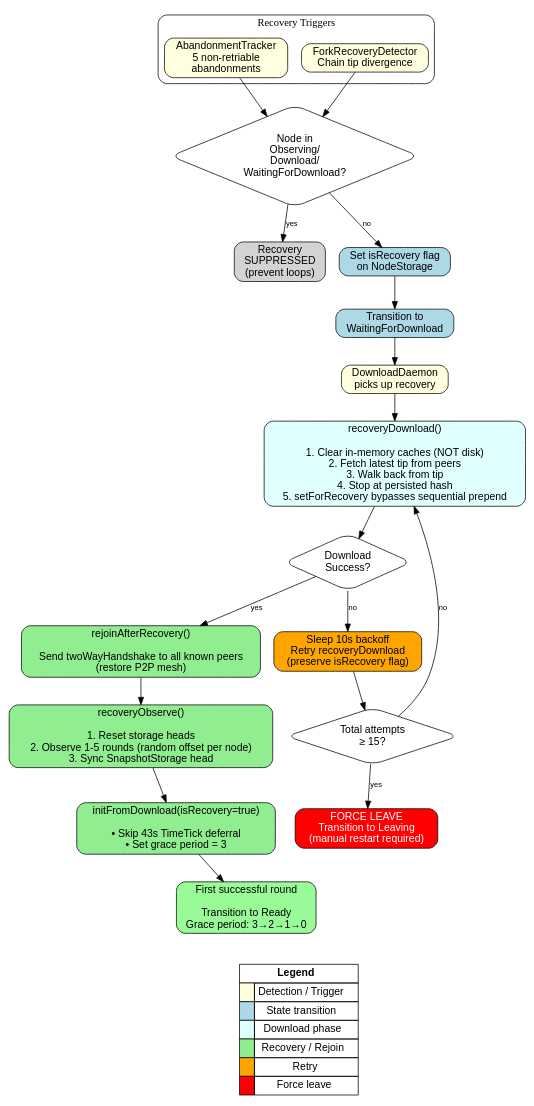
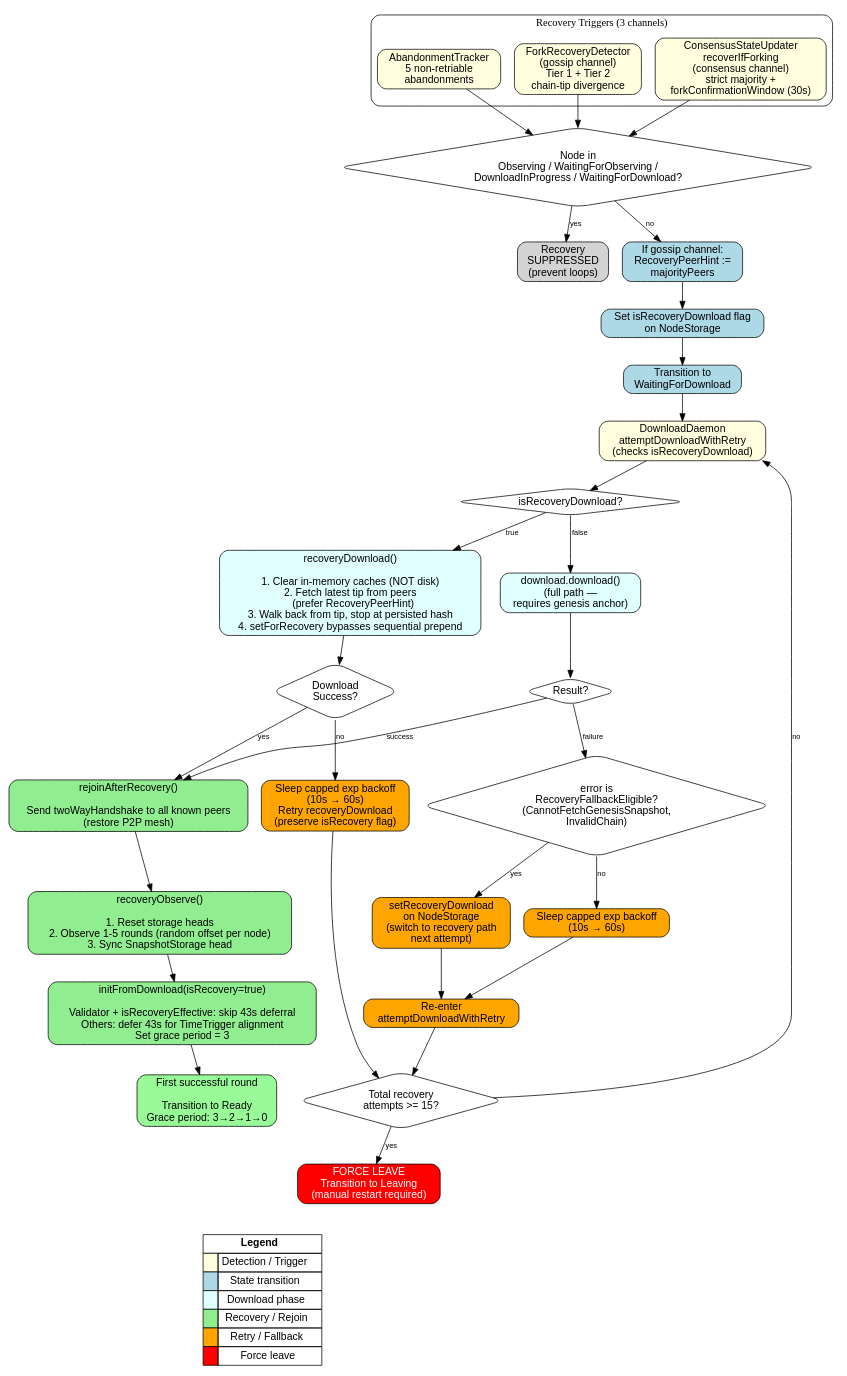
The diagram in docs/consensus/diagrams/recovery-decision-tree.dot (Constellation-Labs/tessellation), drawn with Graphviz before and after one commit. The commit also changed 20 other files, not shown here.

First line of the commit message:
docs: refresh consensus docs and diagrams for fork-recovery followup

```diff
--- a/docs/consensus/diagrams/recovery-decision-tree.dot
+++ b/docs/consensus/diagrams/recovery-decision-tree.dot
@@ -1,98 +1,129 @@
 // Recovery Decision Tree
-// Render: dot -Tsvg recovery-decision-tree.dot -o recovery-decision-tree.svg
+// Render: dot -Tpng recovery-decision-tree.dot -o recovery-decision-tree.png
 
 digraph RecoveryDecisionTree {
     rankdir=TB;
     node [shape=box, style=rounded, fontname="Helvetica"];
     edge [fontname="Helvetica", fontsize=10];
 
     // Triggers
     subgraph cluster_triggers {
-        label="Recovery Triggers";
+        label="Recovery Triggers (3 channels)";
         style=rounded;
         fillcolor="lightyellow";
-        
+
         AbandonTrigger [label="AbandonmentTracker\n5 non-retriable\nabandonments", style="rounded,filled", fillcolor="lightyellow"];
-        ForkTrigger [label="ForkRecoveryDetector\nChain tip divergence", style="rounded,filled", fillcolor="lightyellow"];
+        ForkTrigger [label="ForkRecoveryDetector\n(gossip channel)\nTier 1 + Tier 2\nchain-tip divergence", style="rounded,filled", fillcolor="lightyellow"];
+        ConsensusForkTrigger [label="ConsensusStateUpdater\nrecoverIfForking\n(consensus channel)\nstrict majority +\nforkConfirmationWindow (30s)", style="rounded,filled", fillcolor="lightyellow"];
     }
 
     // State guard
-    StateGuard [shape=diamond, label="Node in\nObserving/\nDownload/\nWaitingForDownload?"];
-    
+    StateGuard [shape=diamond, label="Node in\nObserving / WaitingForObserving /\nDownloadInProgress / WaitingForDownload?"];
+
     AbandonTrigger -> StateGuard;
     ForkTrigger -> StateGuard;
+    ConsensusForkTrigger -> StateGuard;
 
     StateGuard -> Suppressed [label="yes"];
     Suppressed [label="Recovery\nSUPPRESSED\n(prevent loops)", style="rounded,filled", fillcolor="lightgray"];
 
-    StateGuard -> SetFlag [label="no"];
+    StateGuard -> SetHint [label="no"];
+
+    // Fork-channel-only: store peer hint
+    SetHint [label="If gossip channel:\nRecoveryPeerHint :=\nmajorityPeers", style="rounded,filled", fillcolor="lightblue"];
+    SetHint -> SetFlag;
 
     // Recovery initiation
-    SetFlag [label="Set isRecovery flag\non NodeStorage", style="rounded,filled", fillcolor="lightblue"];
-    
+    SetFlag [label="Set isRecoveryDownload flag\non NodeStorage", style="rounded,filled", fillcolor="lightblue"];
+
     SetFlag -> Transition;
-    
+
     Transition [label="Transition to\nWaitingForDownload", style="rounded,filled", fillcolor="lightblue"];
-    
+
     Transition -> DownloadDaemon;
 
-    // Download daemon
-    DownloadDaemon [label="DownloadDaemon\npicks up recovery", style="rounded,filled", fillcolor="lightyellow"];
-    
-    DownloadDaemon -> RecoveryDownload;
+    // Download daemon path selection
+    DownloadDaemon [label="DownloadDaemon\nattemptDownloadWithRetry\n(checks isRecoveryDownload)", style="rounded,filled", fillcolor="lightyellow"];
+
+    DownloadDaemon -> PathChoice;
+
+    PathChoice [shape=diamond, label="isRecoveryDownload?"];
+
+    PathChoice -> RecoveryDownload [label="true"];
+    PathChoice -> FullDownload [label="false"];
+
+    // Full download with fallback switch
+    FullDownload [label="download.download()\n(full path —\nrequires genesis anchor)", style="rounded,filled", fillcolor="lightcyan"];
+    FullDownload -> FullResult;
+
+    FullResult [shape=diamond, label="Result?"];
+    FullResult -> Rejoin [label="success"];
+    FullResult -> FallbackCheck [label="failure"];
+
+    FallbackCheck [shape=diamond, label="error is\nRecoveryFallbackEligible?\n(CannotFetchGenesisSnapshot,\nInvalidChain)"];
+    FallbackCheck -> SetFallback [label="yes"];
+    FallbackCheck -> RetryFull [label="no"];
+
+    SetFallback [label="setRecoveryDownload\non NodeStorage\n(switch to recovery path\nnext attempt)", style="rounded,filled", fillcolor="orange"];
+    SetFallback -> Backoff;
+
+    RetryFull [label="Sleep capped exp backoff\n(10s → 60s)", style="rounded,filled", fillcolor="orange"];
+    RetryFull -> Backoff;
+    Backoff [label="Re-enter\nattemptDownloadWithRetry", style="rounded,filled", fillcolor="orange"];
+    Backoff -> CheckTotalAttempts;
 
     // Recovery download steps
-    RecoveryDownload [label="recoveryDownload()\n\n1. Clear in-memory caches (NOT disk)\n2. Fetch latest tip from peers\n3. Walk back from tip\n4. Stop at persisted hash\n5. setForRecovery bypasses sequential prepend", style="rounded,filled", fillcolor="lightcyan"];
-    
+    RecoveryDownload [label="recoveryDownload()\n\n1. Clear in-memory caches (NOT disk)\n2. Fetch latest tip from peers\n   (prefer RecoveryPeerHint)\n3. Walk back from tip, stop at persisted hash\n4. setForRecovery bypasses sequential prepend", style="rounded,filled", fillcolor="lightcyan"];
+
     RecoveryDownload -> DownloadResult;
 
     DownloadResult [shape=diamond, label="Download\nSuccess?"];
-    
+
     DownloadResult -> Rejoin [label="yes"];
-    DownloadResult -> DownloadRetry [label="no"];
+    DownloadResult -> RecoveryRetry [label="no"];
 
-    DownloadRetry [label="Sleep 10s backoff\nRetry recoveryDownload\n(preserve isRecovery flag)", style="rounded,filled", fillcolor="orange"];
-    DownloadRetry -> CheckTotalAttempts;
+    RecoveryRetry [label="Sleep capped exp backoff\n(10s → 60s)\nRetry recoveryDownload\n(preserve isRecovery flag)", style="rounded,filled", fillcolor="orange"];
+    RecoveryRetry -> CheckTotalAttempts;
 
-    CheckTotalAttempts [shape=diamond, label="Total attempts\n≥ 15?"];
-    
+    CheckTotalAttempts [shape=diamond, label="Total recovery\nattempts >= 15?"];
+
     CheckTotalAttempts -> ForceLeave [label="yes"];
-    CheckTotalAttempts -> RecoveryDownload [label="no"];
+    CheckTotalAttempts -> DownloadDaemon [label="no"];
 
     ForceLeave [label="FORCE LEAVE\nTransition to Leaving\n(manual restart required)", style="rounded,filled", fillcolor="red", fontcolor="white"];
 
     // Rejoin
     Rejoin [label="rejoinAfterRecovery()\n\nSend twoWayHandshake to all known peers\n(restore P2P mesh)", style="rounded,filled", fillcolor="lightgreen"];
-    
+
     Rejoin -> RecoveryObserve;
 
     // Recovery observe
     RecoveryObserve [label="recoveryObserve()\n\n1. Reset storage heads\n2. Observe 1-5 rounds (random offset per node)\n3. Sync SnapshotStorage head", style="rounded,filled", fillcolor="lightgreen"];
-    
+
     RecoveryObserve -> InitFromDownload;
 
     // Init from download
-    InitFromDownload [label="initFromDownload(isRecovery=true)\n\n• Skip 43s TimeTick deferral\n• Set grace period = 3", style="rounded,filled", fillcolor="lightgreen"];
-    
+    InitFromDownload [label="initFromDownload(isRecovery=true)\n\nValidator + isRecoveryEffective: skip 43s deferral\nOthers: defer 43s for TimeTrigger alignment\nSet grace period = 3", style="rounded,filled", fillcolor="lightgreen"];
+
     InitFromDownload -> FirstRound;
 
     // First round
     FirstRound [label="First successful round\n\nTransition to Ready\nGrace period: 3→2→1→0", style="rounded,filled", fillcolor="palegreen"];
 
     // Legend — compact, at bottom
     Legend [shape=plaintext, label=<
         <TABLE BORDER="0" CELLBORDER="1" CELLSPACING="0" CELLPADDING="4">
         <TR><TD COLSPAN="2"><B>Legend</B></TD></TR>
         <TR><TD BGCOLOR="lightyellow">  </TD><TD>Detection / Trigger</TD></TR>
         <TR><TD BGCOLOR="lightblue">  </TD><TD>State transition</TD></TR>
         <TR><TD BGCOLOR="lightcyan">  </TD><TD>Download phase</TD></TR>
         <TR><TD BGCOLOR="lightgreen">  </TD><TD>Recovery / Rejoin</TD></TR>
-        <TR><TD BGCOLOR="orange">  </TD><TD>Retry</TD></TR>
+        <TR><TD BGCOLOR="orange">  </TD><TD>Retry / Fallback</TD></TR>
         <TR><TD BGCOLOR="red">  </TD><TD>Force leave</TD></TR>
         </TABLE>
     >];
 
     // Force legend below the flow
     FirstRound -> Legend [style=invis];
     ForceLeave -> Legend [style=invis];
 }
```
